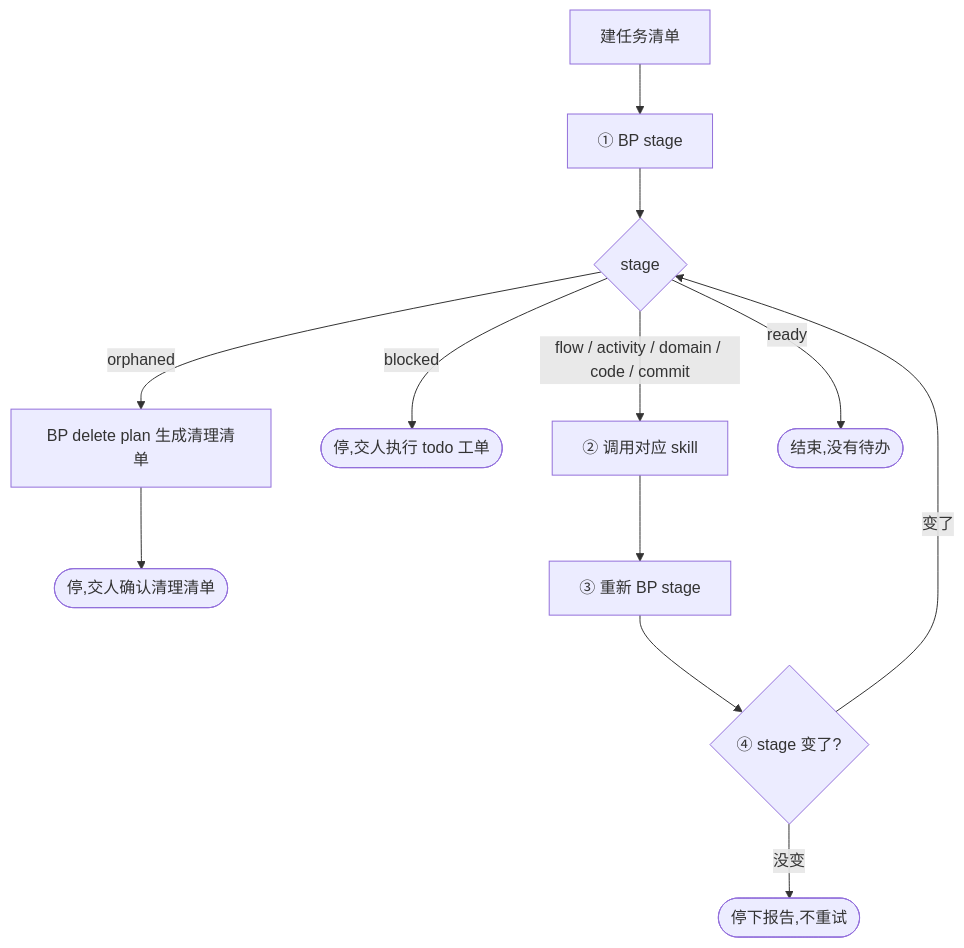
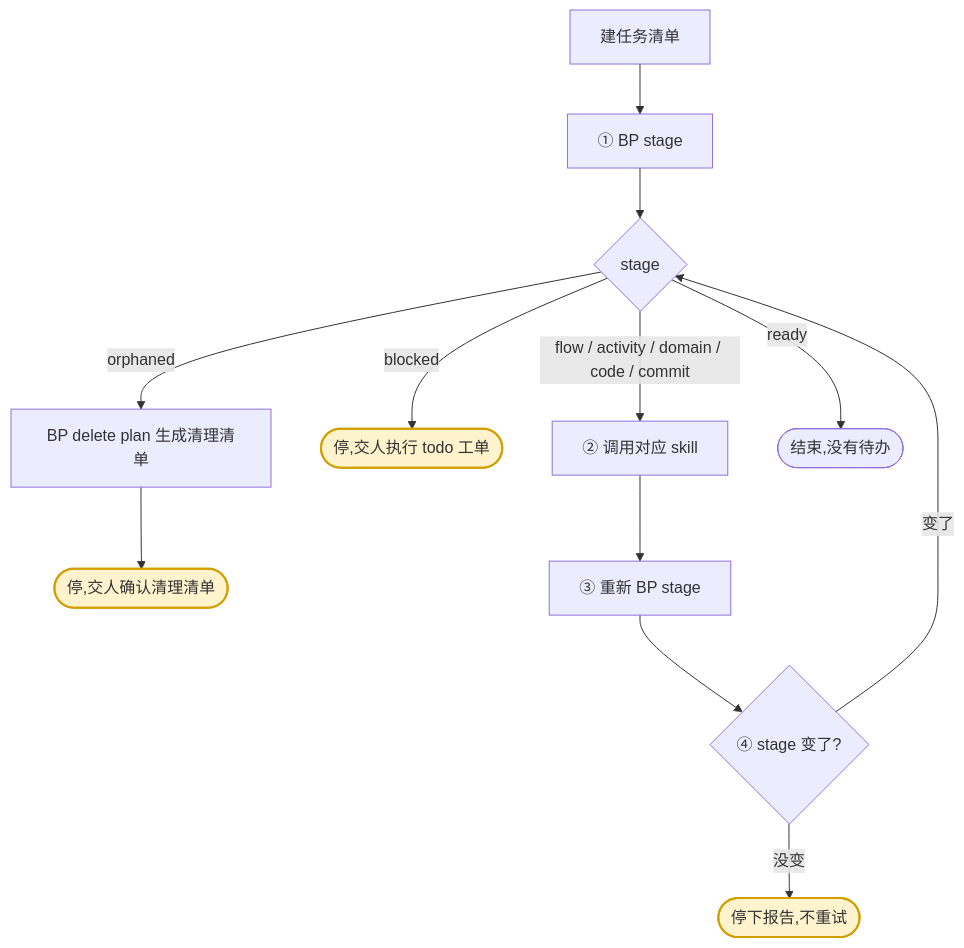
One commit to chxt100016/blueprint changed the diagram in skills/blueprint/assets/skills/pipeline.md. Above: the diagram before and after it, drawn with Mermaid. The commit also changed other lines of this file and 66 other files, not shown here.

````diff
--- a/skills/blueprint/assets/skills/pipeline.md
+++ b/skills/blueprint/assets/skills/pipeline.md
@@ -35,14 +35,17 @@
 ```mermaid
 flowchart TD
     A[建任务清单] --> B[① BP stage]
     B --> C{stage}
     C -->|orphaned| D[BP delete plan 生成清理清单]
     C -->|blocked| E([停,交人执行 todo 工单])
     C -->|flow / activity / domain / code / commit| F[② 调用对应 skill]
     C -->|ready| G([结束,没有待办])
     D --> H([停,交人确认清理清单])
     F --> I[③ 重新 BP stage]
     I --> J{④ stage 变了?}
     J -->|变了| C
     J -->|没变| K([停下报告,不重试])
+
+    classDef human fill:#fff3cd,stroke:#d39e00,stroke-width:2px
+    class E,H,K human
 ```
````
